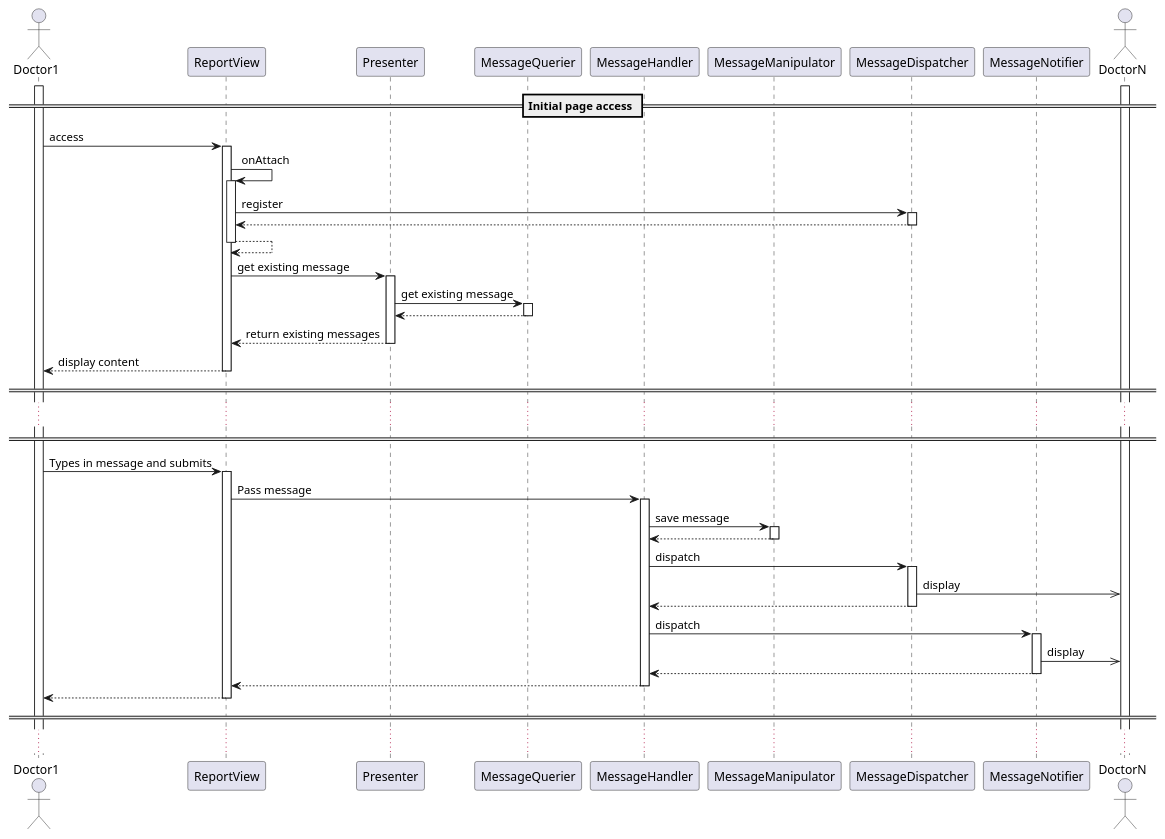
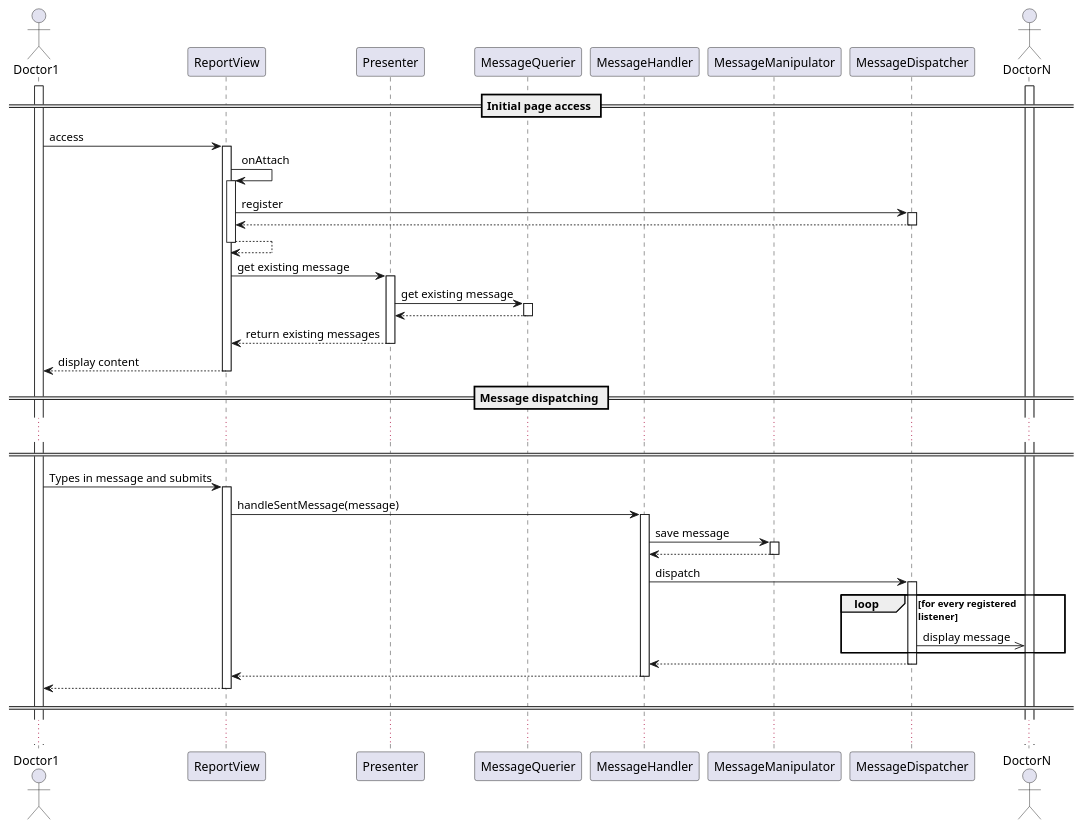
The diagram in doc/MessageCommunication.puml (thetractor/ch.bfh.bti7081.s2019.orange), drawn with PlantUML before and after one commit.

Commit message:
feat: Adjust sequence diagram in order to use in final presentation (sprint3-finalising)

```diff
--- a/doc/MessageCommunication.puml
+++ b/doc/MessageCommunication.puml
@@ -1,83 +1,87 @@
 @startuml
 actor Doctor1
 participant ReportView
 participant Presenter
 participant MessageQuerier
 participant MessageHandler
 participant MessageManipulator
 participant MessageDispatcher
-participant MessageNotifier
+'participant NotificationDispatcher
 actor DoctorN
 
 'asynchron: a ->> b
 
 
 activate Doctor1
 activate DoctorN
 == Initial page access ==
 Doctor1 -> ReportView: access
 activate ReportView
 ' ********* Register ********
 ReportView -> ReportView: onAttach
 activate ReportView
 ReportView -> MessageDispatcher: register
 activate MessageDispatcher
 
 MessageDispatcher --> ReportView
 deactivate MessageDispatcher
 ReportView --> ReportView
 deactivate ReportView
 ' ***************************
 
 ReportView -> Presenter: get existing message
 activate Presenter
 Presenter -> MessageQuerier: get existing message
 activate MessageQuerier
 MessageQuerier --> Presenter
 deactivate MessageQuerier
 Presenter --> ReportView: return existing messages
 deactivate Presenter
 ReportView --> Doctor1: display content
 deactivate ReportView
 
-== ==
+== Message dispatching ==
 ...
 
 ==  ==
 Doctor1 -> ReportView: Types in message and submits
 activate ReportView
-ReportView -> MessageHandler: Pass message
+ReportView -> MessageHandler: handleSentMessage(message)
 activate MessageHandler
 MessageHandler -> MessageManipulator: save message
 activate MessageManipulator
 MessageManipulator --> MessageHandler
 deactivate MessageManipulator
 
 
 MessageHandler -> MessageDispatcher: dispatch
 activate MessageDispatcher
 ' TODO
-MessageDispatcher ->> DoctorN: display
+loop for every registered\nlistener
+    MessageDispatcher ->> DoctorN: display message
+end
 MessageDispatcher --> MessageHandler
 deactivate MessageDispatcher
 
-MessageHandler -> MessageNotifier: dispatch
-activate MessageNotifier
-MessageNotifier ->> DoctorN: display
-MessageNotifier --> MessageHandler
-deactivate MessageNotifier
+/'
+MessageHandler -> NotificationDispatcher: dispatch
+activate NotificationDispatcher
+NotificationDispatcher ->> DoctorN: display
+NotificationDispatcher --> MessageHandler
+deactivate NotificationDispatcher
+'/
 
 MessageHandler --> ReportView
 deactivate MessageHandler
 
 
 ReportView --> Doctor1
 deactivate ReportView
 == ==
 
 ...
 
 
 
 
 @enduml
```
